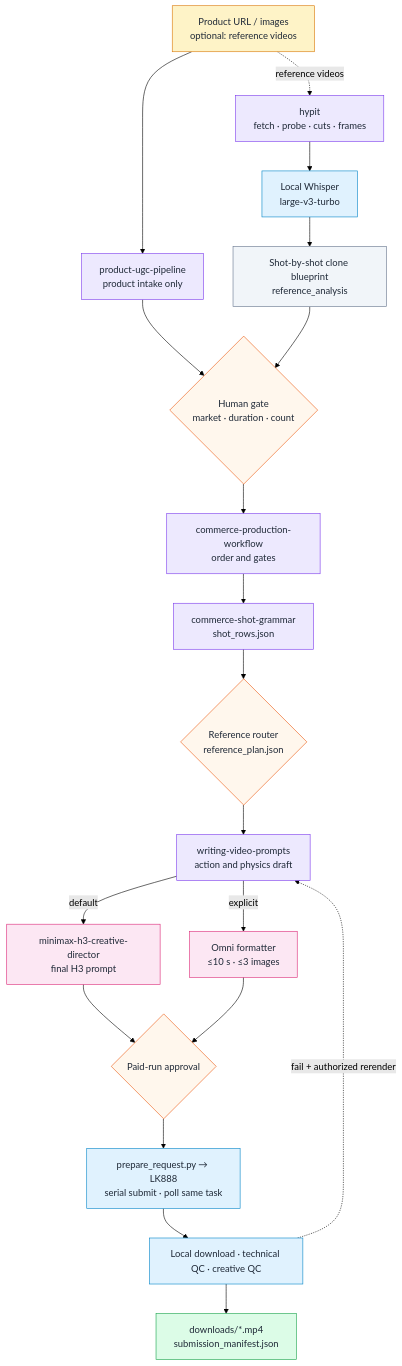
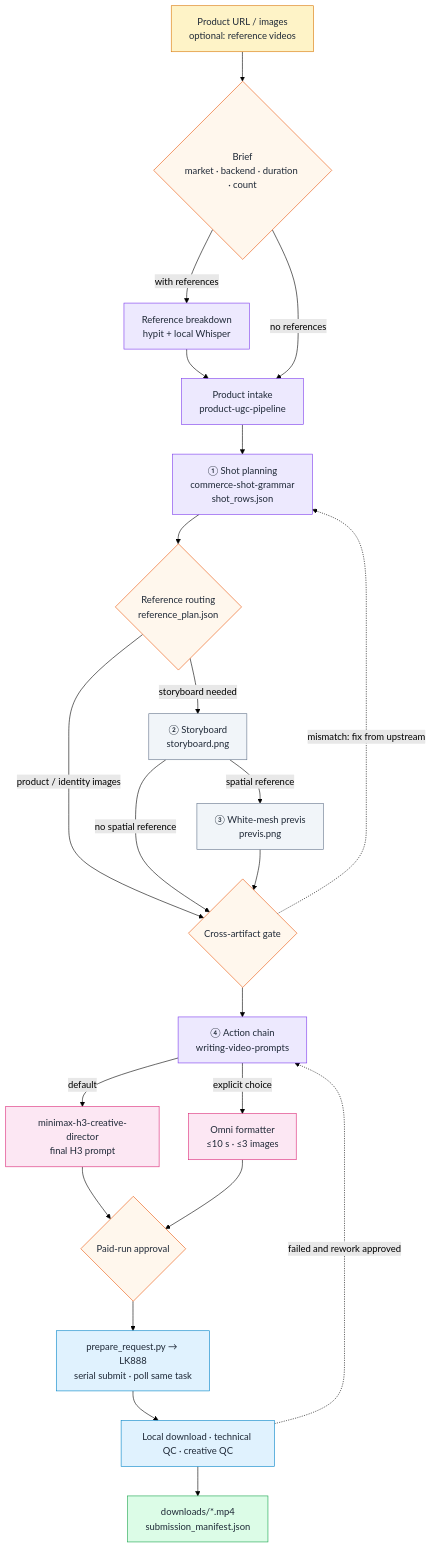
The diagram in README.en.md (peipeijiang/ad-muse), drawn with Mermaid (forest theme) before and after one commit. The commit also changed other lines of this file and 3 other files, not shown here.

````diff
--- a/README.en.md
+++ b/README.en.md
@@ -37,37 +90,42 @@
 ```mermaid
 flowchart TD
   IN["Product URL / images<br/>optional: reference videos"]:::input
-  PUP["product-ugc-pipeline<br/>product intake only"]:::skill
-  HY["hypit<br/>fetch · probe · cuts · frames"]:::skill
-  ASR["Local Whisper<br/>large-v3-turbo"]:::tool
-  BP["Shot-by-shot clone blueprint<br/>reference_analysis"]:::artifact
-  G1{"Human gate<br/>market · duration · count"}:::gate
-  CPW["commerce-production-workflow<br/>order and gates"]:::skill
-  CSG["commerce-shot-grammar<br/>shot_rows.json"]:::skill
-  RT{"Reference router<br/>reference_plan.json"}:::gate
-  WVP["writing-video-prompts<br/>action and physics draft"]:::skill
+  G1{"Brief<br/>market · backend · duration · count"}:::gate
+  HY["Reference breakdown<br/>hypit + local Whisper"]:::skill
+  PUP["Product intake<br/>product-ugc-pipeline"]:::skill
+  CSG["① Shot planning<br/>commerce-shot-grammar<br/>shot_rows.json"]:::skill
+  RT{"Reference routing<br/>reference_plan.json"}:::gate
+  SB["② Storyboard<br/>storyboard.png"]:::artifact
+  PV["③ White-mesh previs<br/>previs.png"]:::artifact
+  XQC{"Cross-artifact gate"}:::gate
+  WVP["④ Action chain<br/>writing-video-prompts"]:::skill
   H3D["minimax-h3-creative-director<br/>final H3 prompt"]:::model
   OMF["Omni formatter<br/>≤10 s · ≤3 images"]:::model
   G2{"Paid-run approval"}:::gate
   SUB["prepare_request.py → LK888<br/>serial submit · poll same task"]:::tool
   QC["Local download · technical QC · creative QC"]:::tool
   OUT["downloads/*.mp4<br/>submission_manifest.json"]:::output
 
-  IN --> PUP
-  IN -.reference videos.-> HY --> ASR --> BP
-  PUP --> G1
-  BP --> G1
-  G1 --> CPW --> CSG --> RT --> WVP
+  IN --> G1
+  G1 -->|with references| HY --> PUP
+  G1 -->|no references| PUP
+  PUP --> CSG --> RT
+  RT -->|product / identity images| XQC
+  RT -->|storyboard needed| SB
+  SB -->|no spatial reference| XQC
+  SB -->|spatial reference| PV --> XQC
+  XQC -.mismatch: fix from upstream.-> CSG
+  XQC --> WVP
   WVP -->|default| H3D --> G2
-  WVP -->|explicit| OMF --> G2
+  WVP -->|explicit choice| OMF --> G2
   G2 --> SUB --> QC --> OUT
-  QC -.fail + authorized rerender.-> WVP
+  QC -.failed and rework approved.-> WVP
 
   classDef input fill:#fef3c7,stroke:#d97706,color:#1f2937
   classDef skill fill:#ede9fe,stroke:#7c3aed,color:#1f2937
   classDef tool fill:#e0f2fe,stroke:#0284c7,color:#1f2937
   classDef model fill:#fce7f3,stroke:#db2777,color:#1f2937
   classDef gate fill:#fff7ed,stroke:#ea580c,color:#1f2937
   classDef artifact fill:#f1f5f9,stroke:#64748b,color:#1f2937
   classDef output fill:#dcfce7,stroke:#16a34a,color:#1f2937
 ```
````
